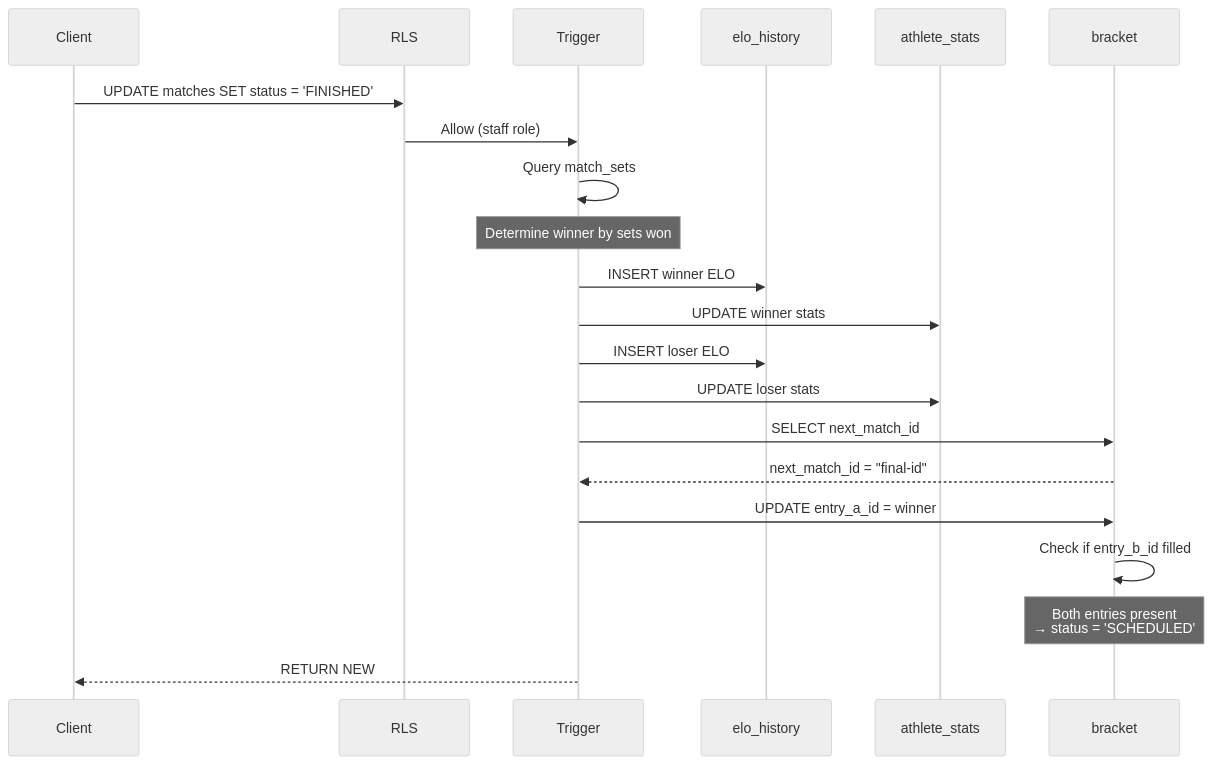
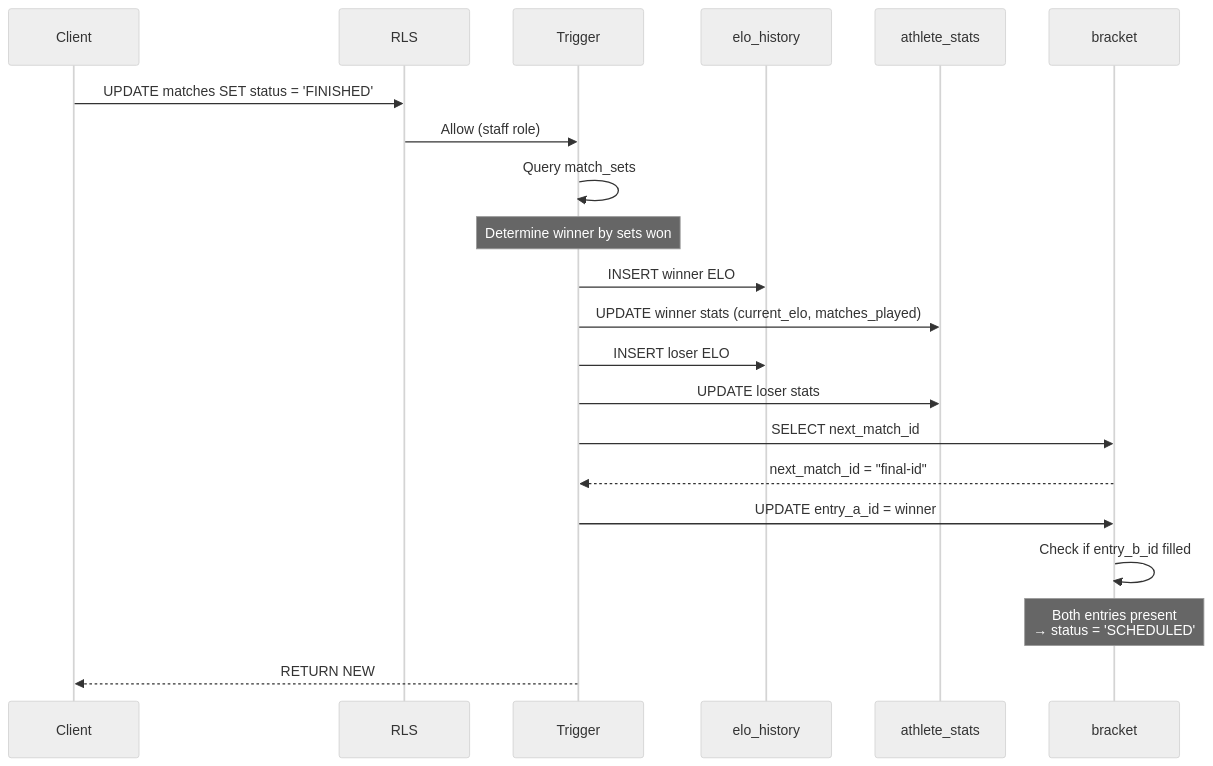
Before and after one commit to felipe90/rallyOS-app: the fifth of 5 diagrams in webdocs/architecture/ARCHITECTURE_DIAGRAMS.md, drawn with Mermaid (neutral theme). The commit also changed other lines of this file and 11 other files, not shown here.

````diff
--- a/webdocs/architecture/ARCHITECTURE_DIAGRAMS.md
+++ b/webdocs/architecture/ARCHITECTURE_DIAGRAMS.md
@@ -107,32 +231,32 @@
 ```mermaid
 sequenceDiagram
     participant Client
     participant RLS
     participant Trigger
     participant elo_history
     participant athlete_stats
     participant bracket
 
     Client->>RLS: UPDATE matches SET status = 'FINISHED'
     RLS->>Trigger: Allow (staff role)
     
     Trigger->>Trigger: Query match_sets
     
     Note over Trigger: Determine winner by sets won
     
     Trigger->>elo_history: INSERT winner ELO
-    Trigger->>athlete_stats: UPDATE winner stats
+    Trigger->>athlete_stats: UPDATE winner stats (current_elo, matches_played)
     
     Trigger->>elo_history: INSERT loser ELO
     Trigger->>athlete_stats: UPDATE loser stats
     
     Trigger->>bracket: SELECT next_match_id
     bracket-->>Trigger: next_match_id = "final-id"
     
     Trigger->>bracket: UPDATE entry_a_id = winner
     bracket->>bracket: Check if entry_b_id filled
     
     Note over bracket: Both entries present<br/>→ status = 'SCHEDULED'
     
     Trigger-->>Client: RETURN NEW
 ```
````
